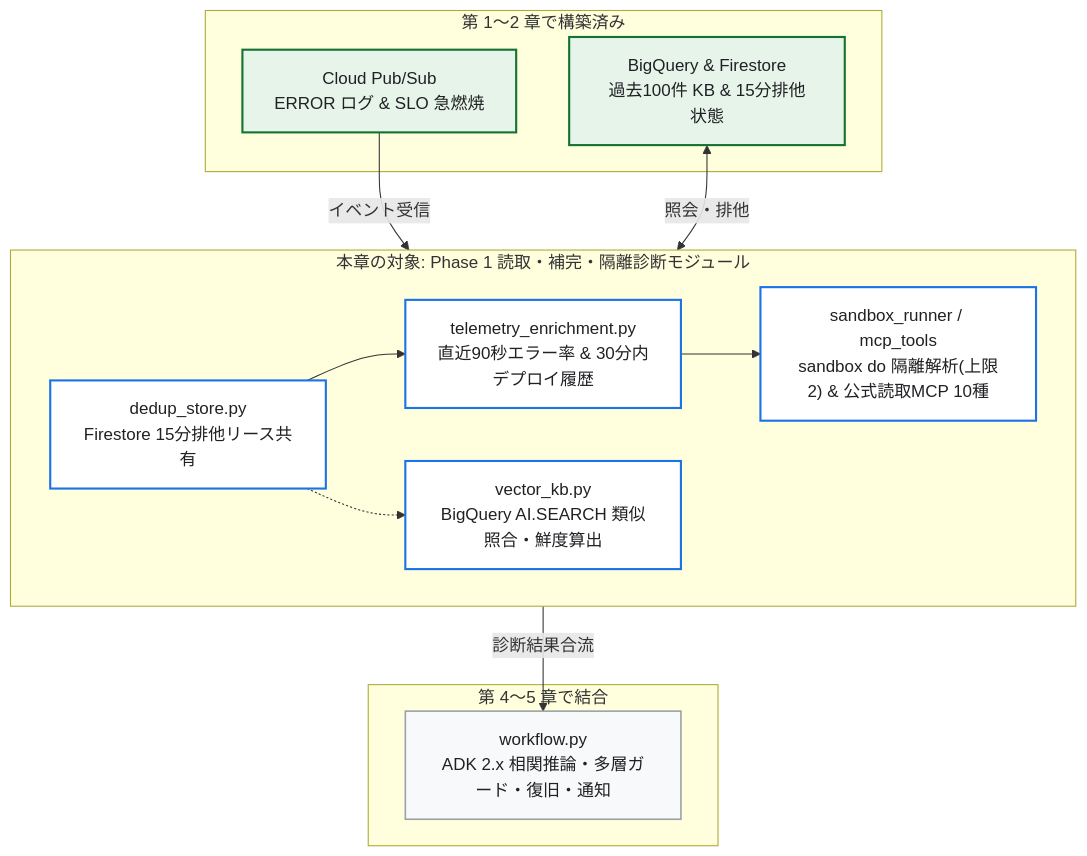
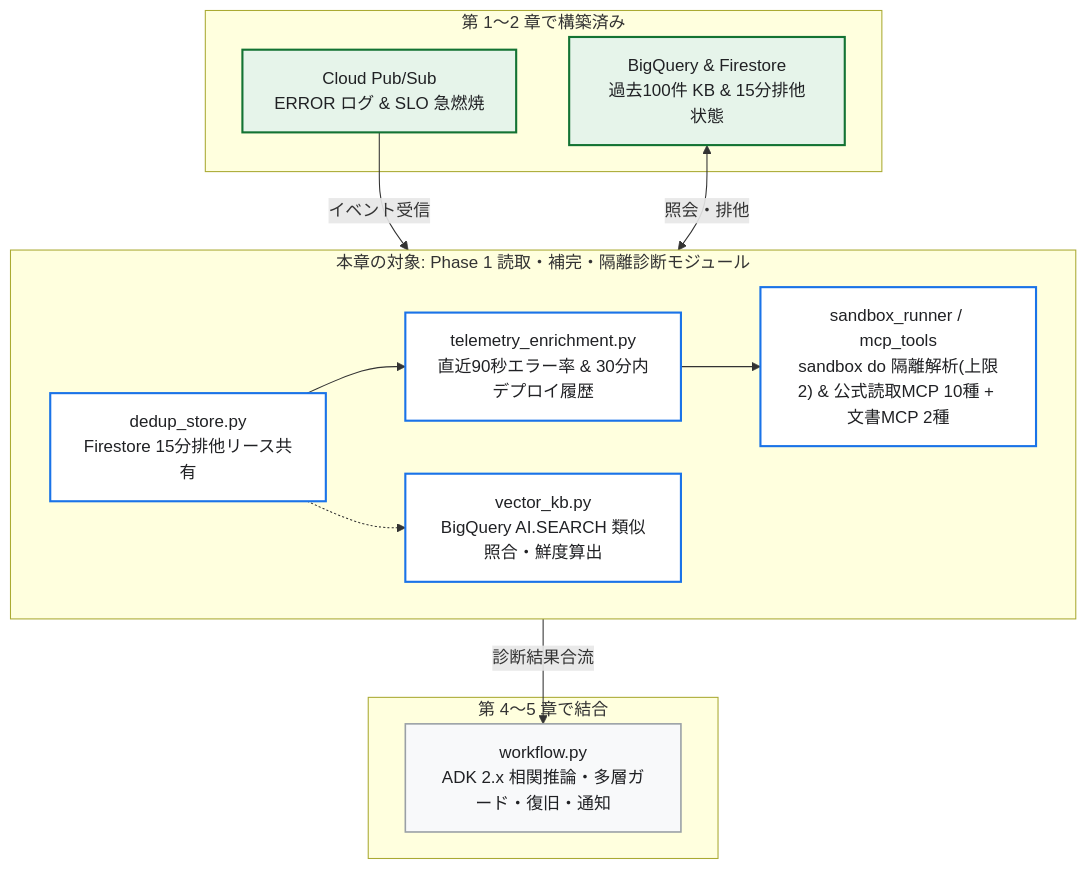
Before and after one commit to tyorikan/agentic-sre-handson: the first of 2 diagrams in docs/03-diagnostic-agent-and-sandbox.md, drawn with Mermaid. The commit also changed other lines of this file and 21 other files, not shown here.

````diff
--- a/docs/03-diagnostic-agent-and-sandbox.md
+++ b/docs/03-diagnostic-agent-and-sandbox.md
@@ -17,32 +17,32 @@
 ```mermaid
 flowchart TD
     subgraph Now["本章の対象: Phase 1 読取・補完・隔離診断モジュール"]
         direction LR
         Dedup["dedup_store.py<br/>Firestore 15分排他リース共有"]
         Enrich["telemetry_enrichment.py<br/>直近90秒エラー率 & 30分内デプロイ履歴"]
         Vec["vector_kb.py<br/>BigQuery AI.SEARCH 類似照合・鮮度算出"]
-        Sandbox["sandbox_runner / mcp_tools<br/>sandbox do 隔離解析(上限2) & 公式読取MCP 10種"]
+        Sandbox["sandbox_runner / mcp_tools<br/>sandbox do 隔離解析(上限2) & 公式読取MCP 10種 + 文書MCP 2種"]
         Dedup --> Enrich --> Sandbox
         Dedup -.-> Vec
     end
 
     subgraph Prev["第 1〜2 章で構築済み"]
         PS["Cloud Pub/Sub<br/>ERROR ログ & SLO 急燃焼"]
         BQ["BigQuery & Firestore<br/>過去100件 KB & 15分排他状態"]
     end
 
     subgraph Next["第 4〜5 章で結合"]
         WF["workflow.py<br/>ADK 2.x 相関推論・多層ガード・復旧・通知"]
     end
 
     PS -->|"イベント受信"| Dedup
     BQ <-->|"照会・排他"| Vec
     Sandbox -->|"診断結果合流"| WF
 
     classDef done fill:#e6f4ea,stroke:#137333,stroke-width:2px,color:#202124;
     classDef cur fill:#ffffff,stroke:#1a73e8,stroke-width:2px,color:#202124;
     classDef fut fill:#f8f9fa,stroke:#9aa0a6,stroke-width:1.5px,color:#202124;
     class PS,BQ done;
     class Dedup,Enrich,Sandbox,Vec cur;
     class WF fut;
 ```
````
